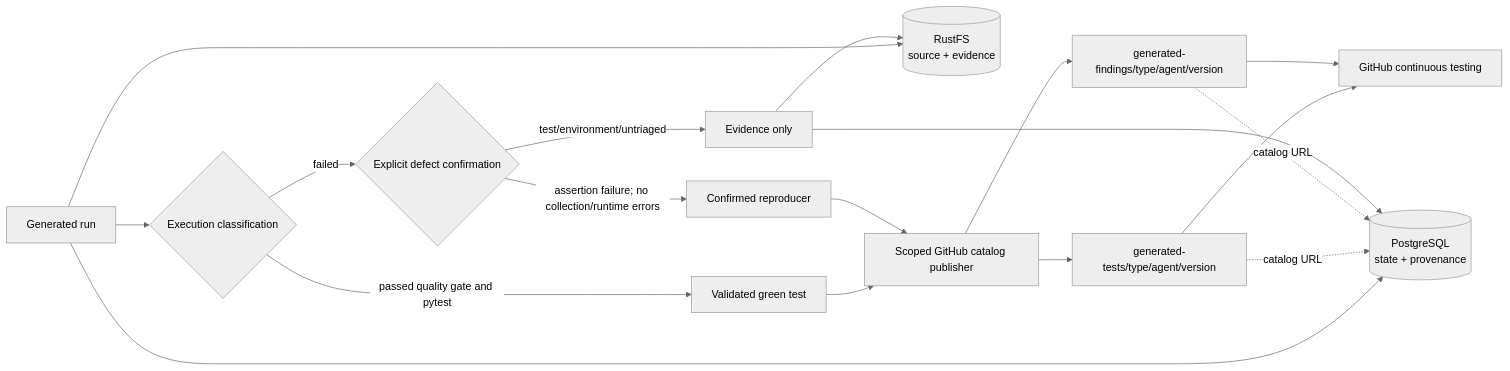
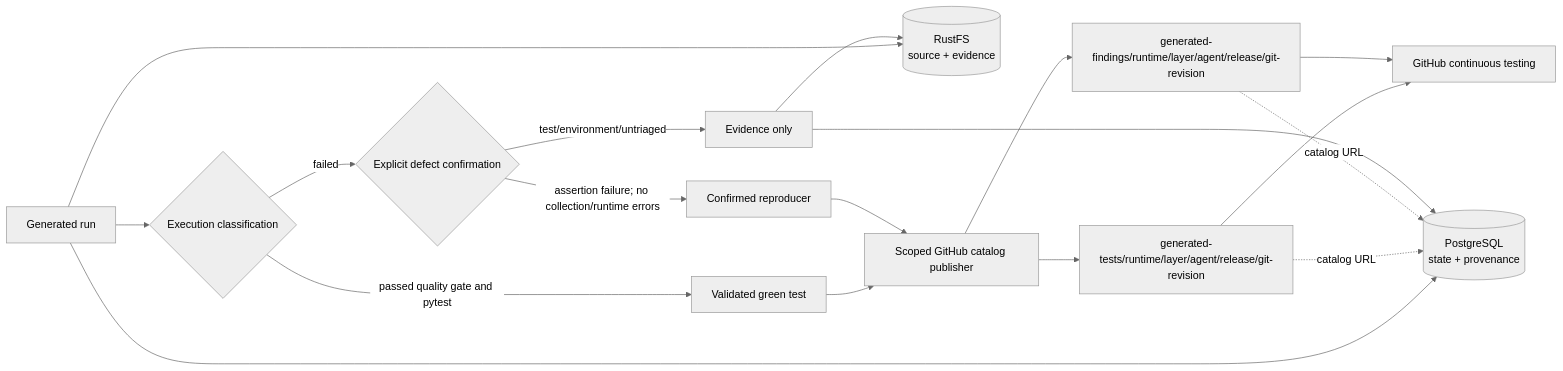
The second of 17 diagrams in docs/architecture.md (sqe/AQE), drawn with Mermaid (neutral theme) before and after one commit. The commit also changed other lines of this file and 57 other files, not shown here.

````diff
--- a/docs/architecture.md
+++ b/docs/architecture.md
@@ -63,20 +68,20 @@
 ```mermaid
 flowchart LR
     Run[Generated run] --> DB[(PostgreSQL<br/>state + provenance)]
     Run --> Objects[(RustFS<br/>source + evidence)]
     Run --> Classify{Execution classification}
     Classify -->|passed quality gate and pytest| Green[Validated green test]
     Classify -->|failed| Triage{Explicit defect confirmation}
     Triage -->|assertion failure; no collection/runtime errors| Reproducer[Confirmed reproducer]
     Triage -->|test/environment/untriaged| Retain[Evidence only]
     Green --> Publisher[Scoped GitHub catalog publisher]
     Reproducer --> Publisher
-    Publisher --> Tests[generated-tests/type/agent/version]
-    Publisher --> Findings[generated-findings/type/agent/version]
+    Publisher --> Tests[generated-tests/runtime/layer/agent/release/git-revision]
+    Publisher --> Findings[generated-findings/runtime/layer/agent/release/git-revision]
     Tests --> Actions[GitHub continuous testing]
     Findings --> Actions
     Tests -. catalog URL .-> DB
     Findings -. catalog URL .-> DB
     Retain --> DB
     Retain --> Objects
 ```
````
